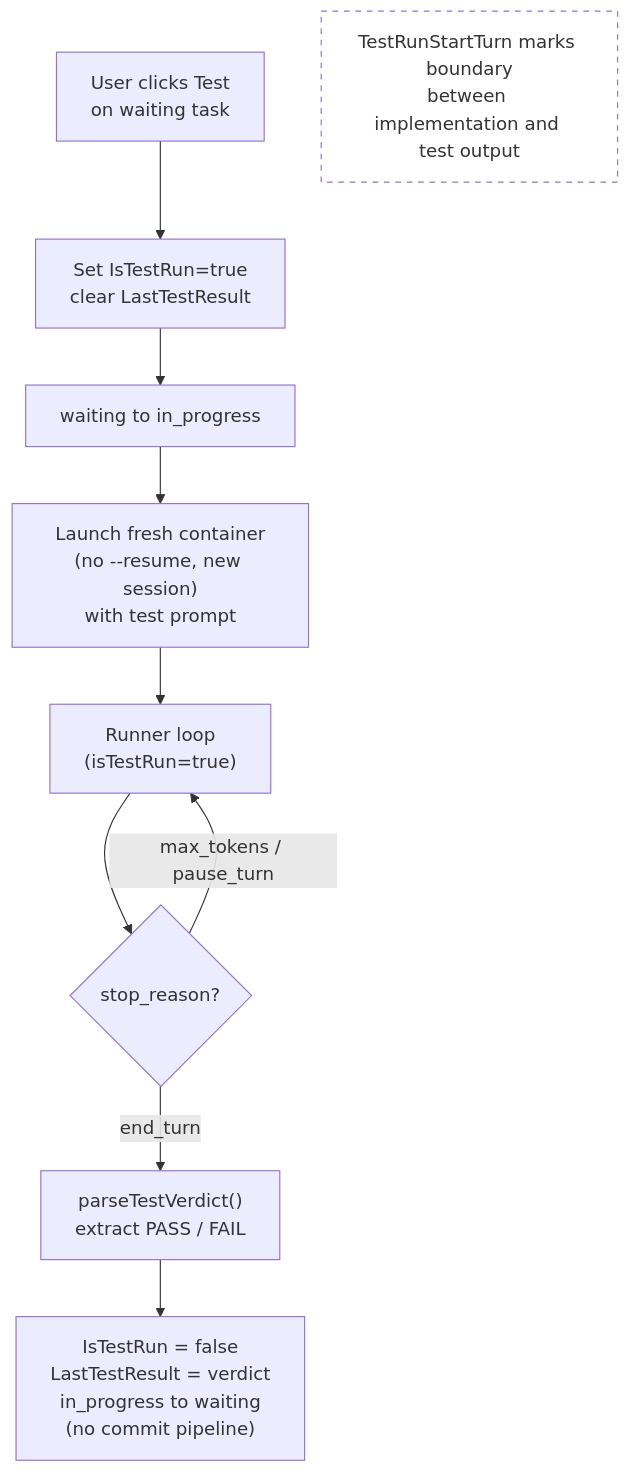
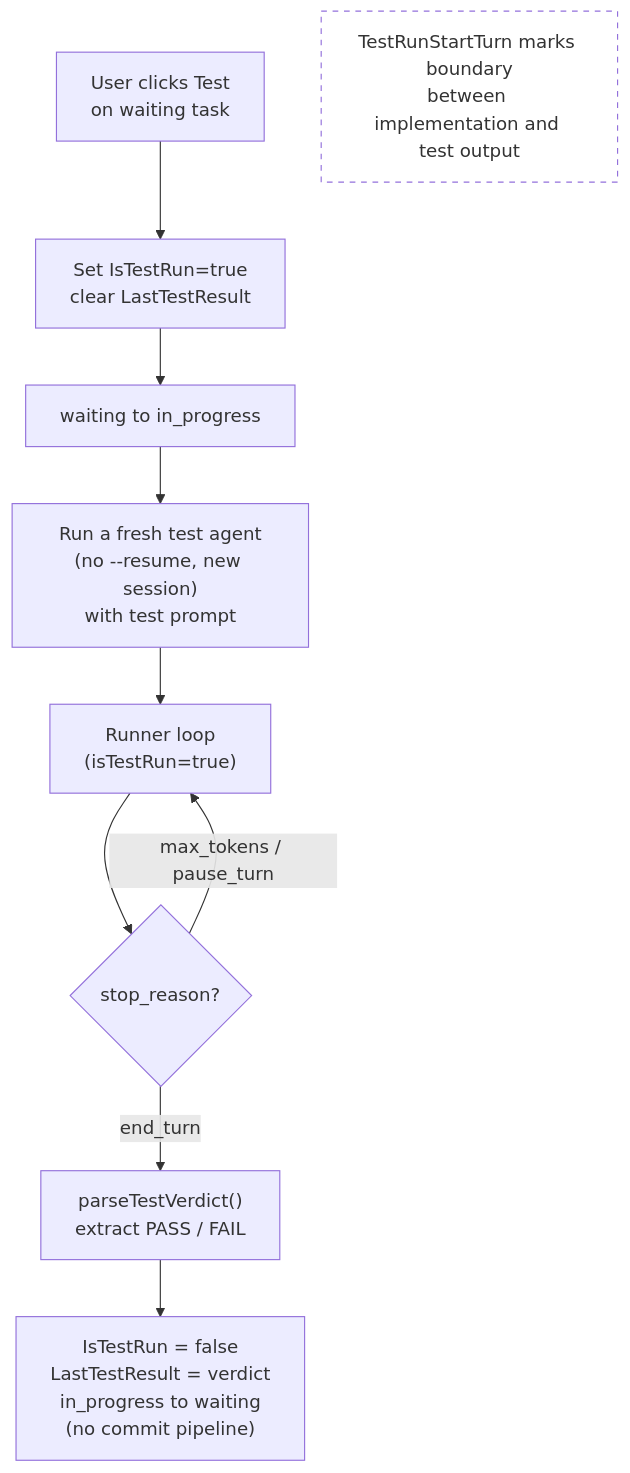
The third of 6 diagrams in docs/internals/automation.md (changkun/wallfacer), drawn with Mermaid before and after one commit. The commit also changed other lines of this file, not shown here.

````diff
--- a/docs/internals/automation.md
+++ b/docs/internals/automation.md
@@ -129,14 +141,14 @@
 ```mermaid
 flowchart TD
     Click["User clicks Test<br/>on waiting task"] --> Setup["Set IsTestRun=true<br/>clear LastTestResult"]
     Setup --> Transition["waiting to in_progress"]
-    Transition --> Launch["Launch fresh container<br/>(no --resume, new session)<br/>with test prompt"]
+    Transition --> Launch["Run a fresh test agent<br/>(no --resume, new session)<br/>with test prompt"]
     Launch --> Loop["Runner loop<br/>(isTestRun=true)"]
     Loop --> StopReason{"stop_reason?"}
     StopReason -->|"max_tokens / pause_turn"| Loop
     StopReason -->|end_turn| Parse["parseTestVerdict()<br/>extract PASS / FAIL"]
     Parse --> Record["IsTestRun = false<br/>LastTestResult = verdict<br/>in_progress to waiting<br/>(no commit pipeline)"]
 
     Note1["TestRunStartTurn marks boundary<br/>between implementation and test output"]
     style Note1 fill:none,stroke-dasharray: 5 5
 ```
````
